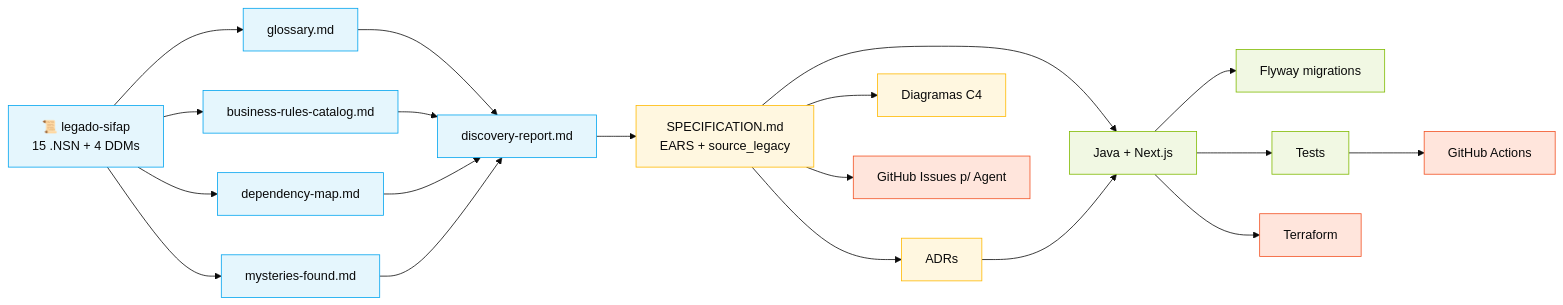
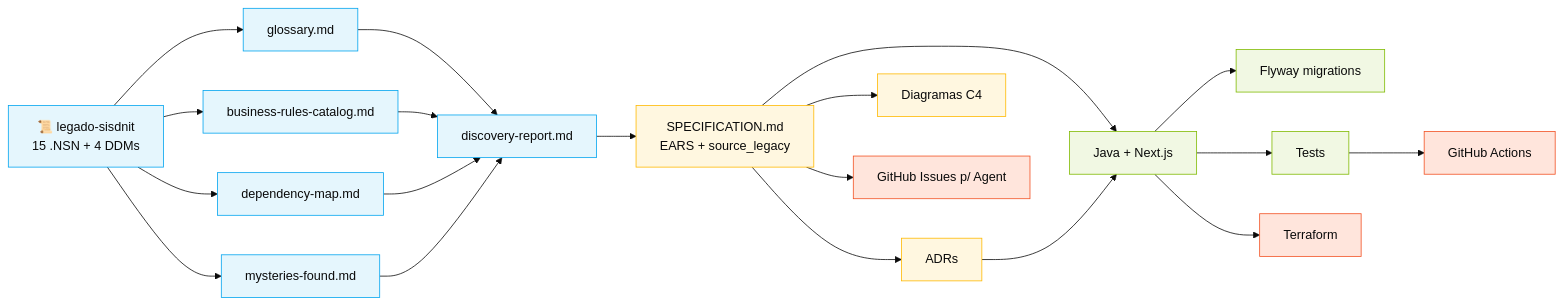
The diagram in 00-SITEMAP.md (serpro-sao-paulo/workshop-preto-01), drawn with Mermaid (base theme) before and after one commit. The commit also changed other lines of this file and 258 other files, not shown here.

````diff
--- a/00-SITEMAP.md
+++ b/00-SITEMAP.md
@@ -65,38 +65,38 @@
 ```mermaid
 flowchart LR
     classDef stage1 fill:#E5F6FD,stroke:#00A4EF,color:#0A0A0A
     classDef stage2 fill:#FFF7E0,stroke:#FFB900,color:#0A0A0A
     classDef stage3 fill:#F1F8E3,stroke:#7FBA00,color:#0A0A0A
     classDef stage4 fill:#FFE5DC,stroke:#F25022,color:#0A0A0A
 
-    LEGACY[📜 legado-sifap<br/>15 .NSN + 4 DDMs]:::stage1
+    LEGACY[📜 legado-sisdnit<br/>15 .NSN + 4 DDMs]:::stage1
     GLOSS[glossary.md]:::stage1
     BR[business-rules-catalog.md]:::stage1
     DEPS[dependency-map.md]:::stage1
     MIST[mysteries-found.md]:::stage1
     REPORT[discovery-report.md]:::stage1
 
     SPEC[SPECIFICATION.md<br/>EARS + source_legacy]:::stage2
     ADR[ADRs]:::stage2
     C4[Diagramas C4]:::stage2
 
     CODE[Java + Next.js]:::stage3
     MIGS[Flyway migrations]:::stage3
     TESTS[Tests]:::stage3
 
     ISSUES[GitHub Issues p/ Agent]:::stage4
     TF[Terraform]:::stage4
     CI[GitHub Actions]:::stage4
 
     LEGACY --> GLOSS & BR & DEPS & MIST
     GLOSS & BR & DEPS & MIST --> REPORT
     REPORT --> SPEC
     SPEC --> ADR & C4
     SPEC --> CODE
     ADR --> CODE
     CODE --> TESTS
     CODE --> MIGS
     SPEC --> ISSUES
     CODE --> TF
     TESTS --> CI
 ```
````
